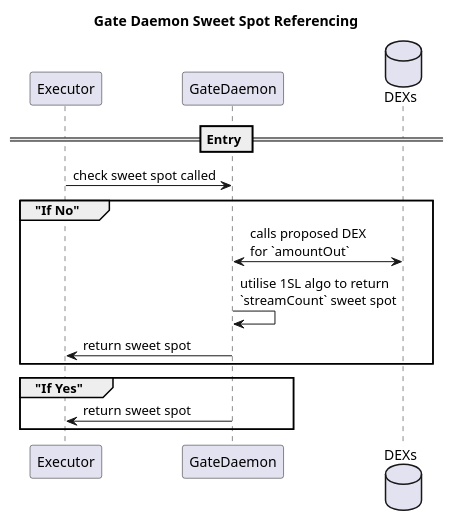
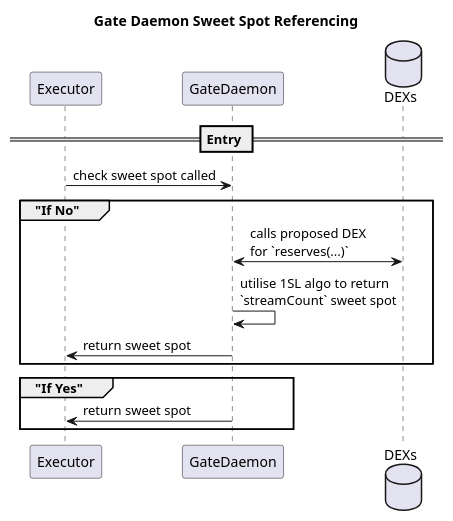
The diagram in diagrams/flows/util-stream-daemon-sweet-spot-recache.puml (1SLiquidity/core), drawn with PlantUML before and after one commit. The commit also changed 1 other file, not shown here.

Commit message:
fix(arch): correcting flow wrt StreamDaemon call
summary: previously, we were utilising an iterative model returning amountOut from a quote to judge sweet spots. The new model relies on a reduced equation for effective spot trades and returns now reserves which are used to find the sweet spot directly.

```diff
--- a/diagrams/flows/util-stream-daemon-sweet-spot-recache.puml
+++ b/diagrams/flows/util-stream-daemon-sweet-spot-recache.puml
@@ -1,19 +1,19 @@
 @startuml BotSettlingProd
 title Gate Daemon Sweet Spot Referencing
 
 participant "Executor" as E
 participant "GateDaemon" as GD
 database "DEXs" as DEX
 
 == Entry ==
 E -> GD: check sweet spot called
 group "If No"
-GD <-> DEX: calls proposed DEX\nfor `amountOut`
+GD <-> DEX: calls proposed DEX\nfor `reserves(...)`
 GD -> GD: utilise 1SL algo to return\n`streamCount` sweet spot
 GD -> E: return sweet spot
 end group
 group "If Yes"
 GD -> E: return sweet spot
 end group
 
 @enduml
```
